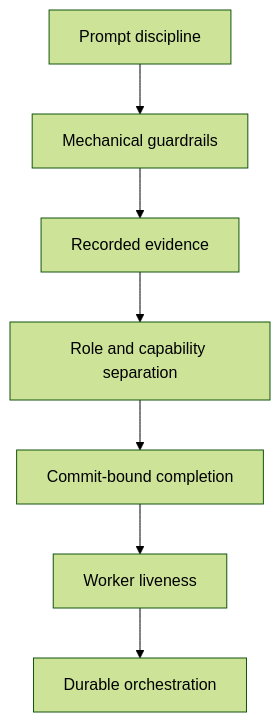
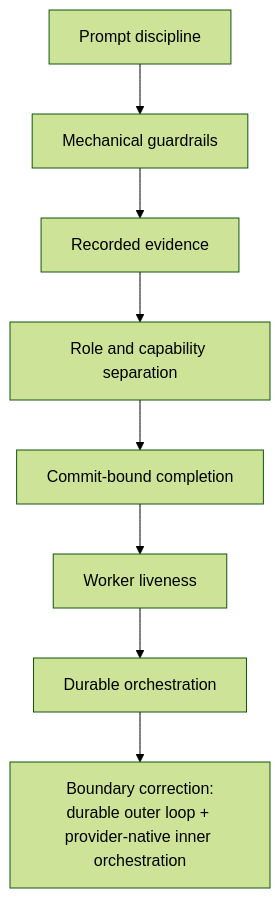
One commit to msbi-ltd/agentic-harness-deep-dives changed the fifth of 5 diagrams in articles/architecture-evolution-from-conversational-loop-to-durable-controller.md. Above: the diagram before and after it, drawn with Mermaid (forest theme). The commit also changed other lines of this file, not shown here.

Commit message:
docs: refine durable controller boundary

````diff
--- a/articles/architecture-evolution-from-conversational-loop-to-durable-controller.md
+++ b/articles/architecture-evolution-from-conversational-loop-to-durable-controller.md
@@ -342,9 +435,10 @@
 ```mermaid
 flowchart TD
     A["Prompt discipline"] --> B["Mechanical guardrails"]
     B --> C["Recorded evidence"]
     C --> D["Role and capability separation"]
     D --> E["Commit-bound completion"]
     E --> F["Worker liveness"]
     F --> G["Durable orchestration"]
+    G --> H["Boundary correction:<br/>durable outer loop + provider-native inner orchestration"]
 ```
````
